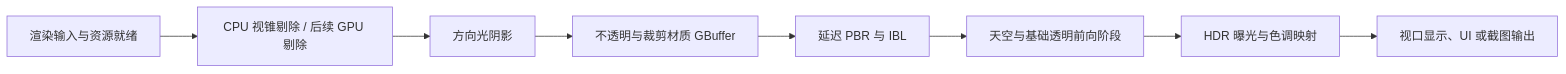
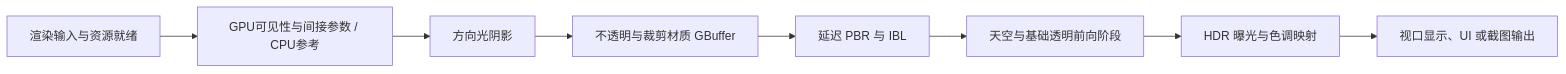
Before and after one commit to weimo1/AR-Engine: the fifth of 8 diagrams in docs/总体架构与技术路线.md, drawn with Mermaid. The commit also changed other lines of this file and 62 other files, not shown here.

````diff
--- a/docs/总体架构与技术路线.md
+++ b/docs/总体架构与技术路线.md
@@ -176,10 +176,10 @@
 ```mermaid
 flowchart LR
-  Input["渲染输入与资源就绪"] --> Visible["CPU 视锥剔除 / 后续 GPU 剔除"]
+  Input["渲染输入与资源就绪"] --> Visible["GPU可见性与间接参数 / CPU参考"]
   Visible --> Shadow["方向光阴影"]
   Shadow --> GBuffer["不透明与裁剪材质 GBuffer"]
   GBuffer --> Lighting["延迟 PBR 与 IBL"]
   Lighting --> Sky["天空与基础透明前向阶段"]
   Sky --> Output["HDR 曝光与色调映射"]
   Output --> Ui["视口显示、UI 或截图输出"]
 ```
````
